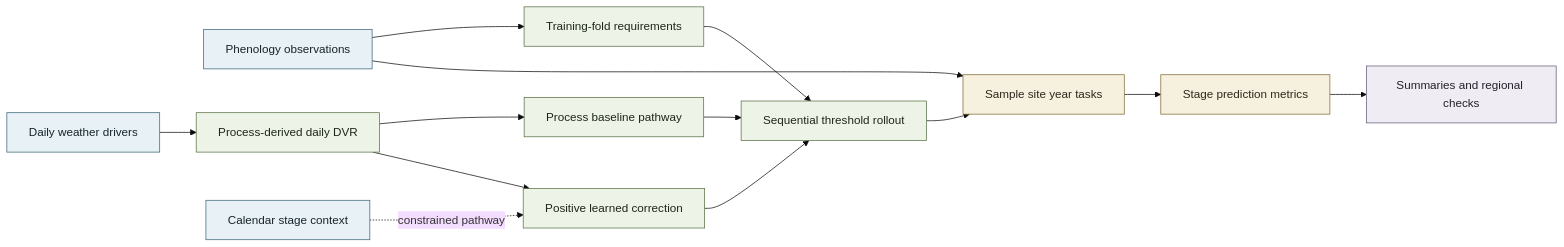
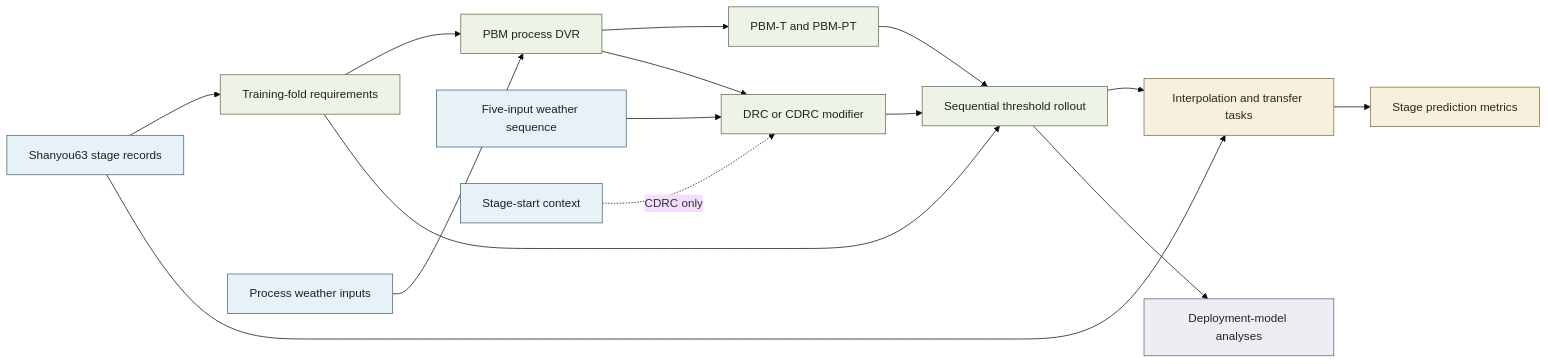
One commit to SmartAG-NWAFU/rice_phenology_hypernet changed the first of 2 diagrams in README.md. Above: the diagram before and after it, drawn with Mermaid (base theme). The commit also changed other lines of this file and 13 other files, not shown here.

````diff
--- a/README.md
+++ b/README.md
@@ -21,27 +22,29 @@
 ```mermaid
 flowchart LR
     accTitle: Scientific framework for rice phenology evaluation
-    accDescr: Daily weather and calendar context feed process and learned model pathways, followed by sequential stage rollout, evaluation tasks, and scientific diagnostics.
+    accDescr: Shanyou63 observations and daily environmental drivers feed process baselines and learned DVR modifiers, followed by sequential rollout, transfer evaluation, and downstream diagnostics.
 
-    observations[Phenology observations] --> requirements[Training-fold requirements]
-    weather[Daily weather drivers] --> process_dvr[Process-derived daily DVR]
-    calendar[Calendar stage context] -. constrained pathway .-> learned_correction[Positive learned correction]
-    process_dvr --> process_path[Process baseline pathway]
-    process_dvr --> learned_correction
+    observations[Shanyou63 stage records] --> requirements[Training-fold requirements]
+    backbone_inputs[Process weather inputs] --> process_dvr[PBM process DVR]
+    weather[Five-input weather sequence] --> learned_modifier[DRC or CDRC modifier]
+    stage_context[Stage-start context] -. CDRC only .-> learned_modifier
+    process_dvr --> process_path[PBM-T and PBM-PT]
+    process_dvr --> learned_modifier
+    requirements --> process_dvr
     requirements --> stage_rollout[Sequential threshold rollout]
     process_path --> stage_rollout
-    learned_correction --> stage_rollout
-    stage_rollout --> evaluation_tasks[Sample site year tasks]
+    learned_modifier --> stage_rollout
+    stage_rollout --> evaluation_tasks[Interpolation and transfer tasks]
     observations --> evaluation_tasks
     evaluation_tasks --> stage_metrics[Stage prediction metrics]
-    stage_metrics --> diagnostics[Summaries and regional checks]
+    stage_rollout --> diagnostics[Deployment-model analyses]
 
     classDef inputClass fill:#e8f1f5,stroke:#3c6478,color:#17242b;
     classDef processClass fill:#eef3e8,stroke:#587044,color:#1d2718;
     classDef evaluationClass fill:#f6f0df,stroke:#806b32,color:#2c281c;
     classDef evidenceClass fill:#efedf3,stroke:#665b78,color:#24202c;
-    class observations,weather,calendar inputClass;
-    class requirements,process_dvr,process_path,learned_correction,stage_rollout processClass;
+    class observations,backbone_inputs,weather,stage_context inputClass;
+    class requirements,process_dvr,process_path,learned_modifier,stage_rollout processClass;
     class evaluation_tasks,stage_metrics evaluationClass;
     class diagnostics evidenceClass;
 ```
````
